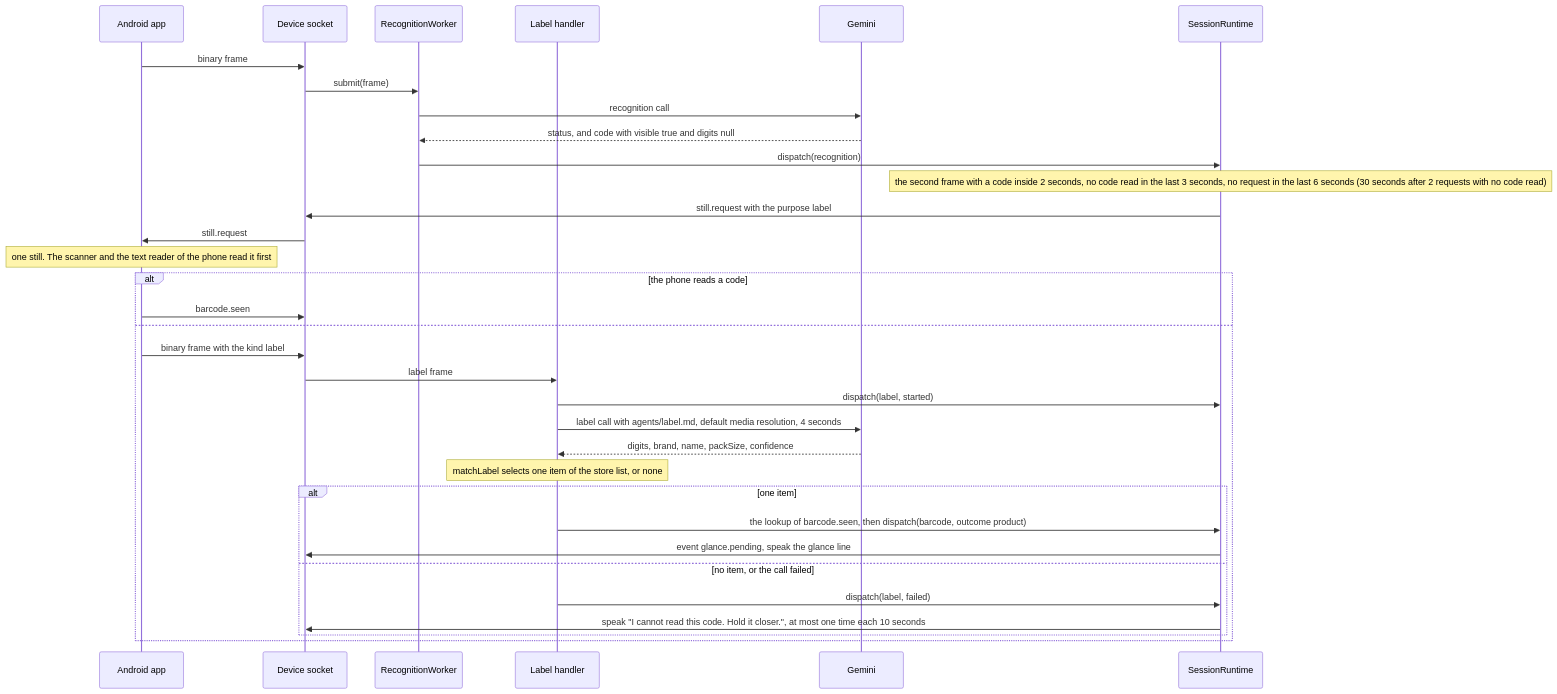
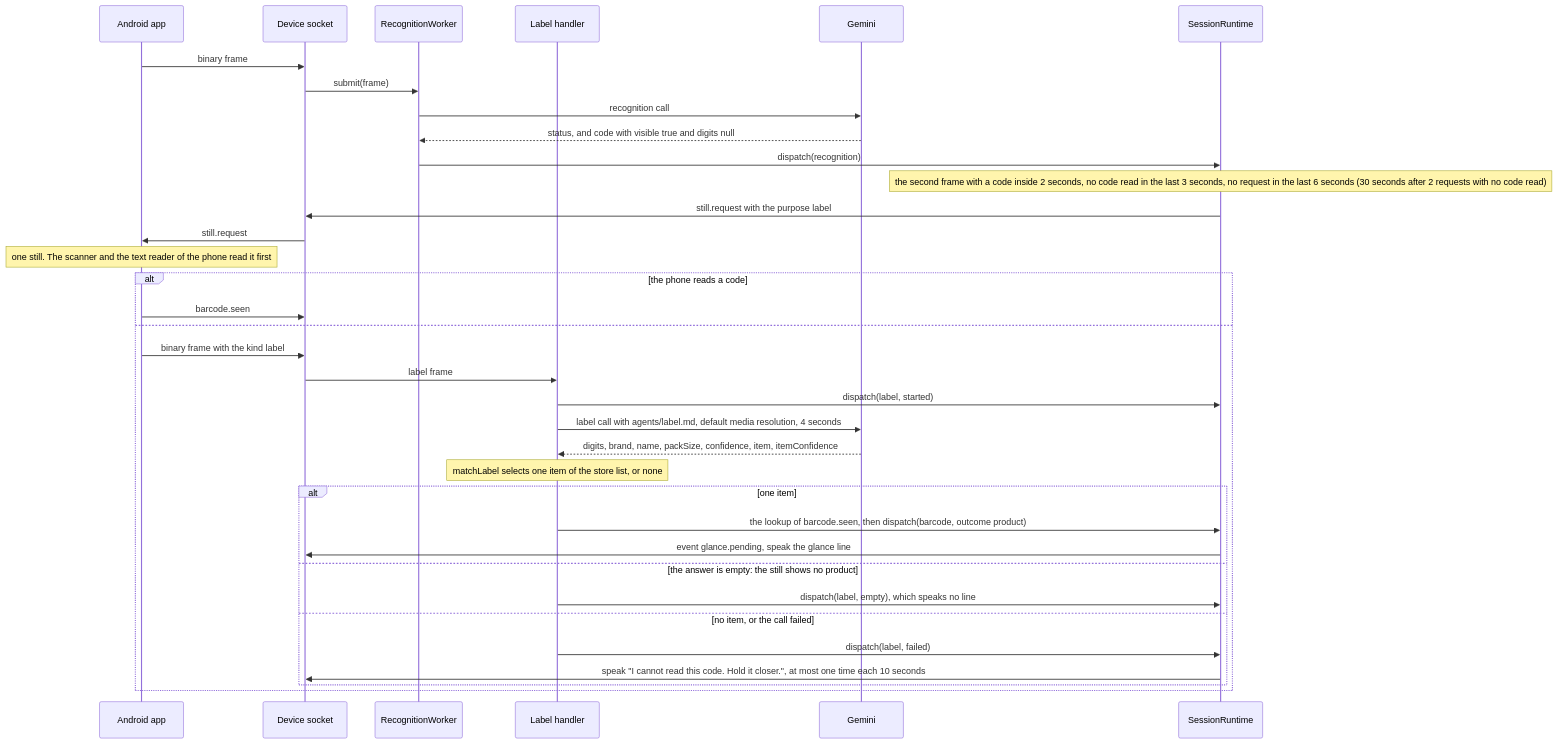
The sixth of 12 diagrams in docs/architecture.md (mrBymax/glance), drawn with Mermaid before and after one commit. The commit also changed other lines of this file and 4 other files, not shown here.

````diff
--- a/docs/architecture.md
+++ b/docs/architecture.md
@@ -283,36 +283,38 @@
 ```mermaid
 sequenceDiagram
   participant App as Android app
   participant Socket as Device socket
   participant Worker as RecognitionWorker
   participant Label as Label handler
   participant Gemini
   participant Runtime as SessionRuntime
 
   App->>Socket: binary frame
   Socket->>Worker: submit(frame)
   Worker->>Gemini: recognition call
   Gemini-->>Worker: status, and code with visible true and digits null
   Worker->>Runtime: dispatch(recognition)
   Note over Runtime: the second frame with a code inside 2 seconds, no code read in the last 3 seconds, no request in the last 6 seconds (30 seconds after 2 requests with no code read)
   Runtime->>Socket: still.request with the purpose label
   Socket->>App: still.request
   Note over App: one still. The scanner and the text reader of the phone read it first
   alt the phone reads a code
     App->>Socket: barcode.seen
   else
     App->>Socket: binary frame with the kind label
     Socket->>Label: label frame
     Label->>Runtime: dispatch(label, started)
     Label->>Gemini: label call with agents/label.md, default media resolution, 4 seconds
-    Gemini-->>Label: digits, brand, name, packSize, confidence
+    Gemini-->>Label: digits, brand, name, packSize, confidence, item, itemConfidence
     Note over Label: matchLabel selects one item of the store list, or none
     alt one item
       Label->>Runtime: the lookup of barcode.seen, then dispatch(barcode, outcome product)
       Runtime->>Socket: event glance.pending, speak the glance line
+    else the answer is empty: the still shows no product
+      Label->>Runtime: dispatch(label, empty), which speaks no line
     else no item, or the call failed
       Label->>Runtime: dispatch(label, failed)
       Runtime->>Socket: speak "I cannot read this code. Hold it closer.", at most one time each 10 seconds
     end
   end
 ```
````
